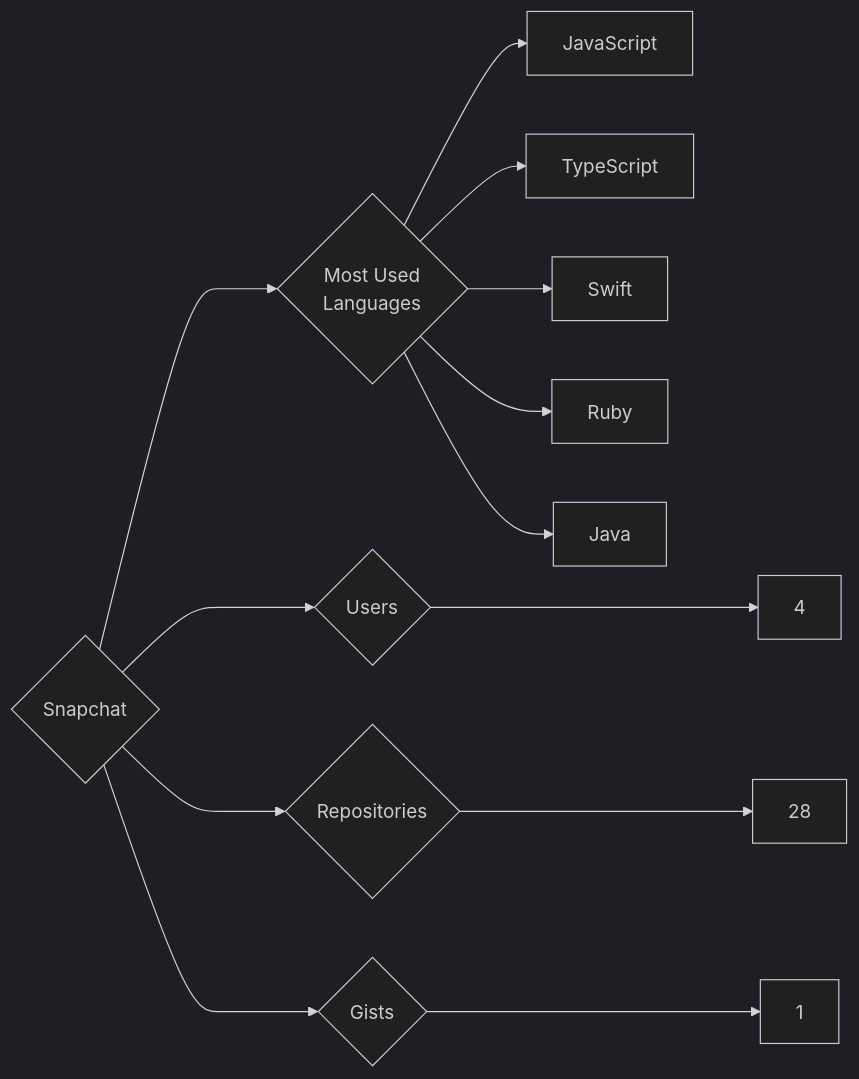
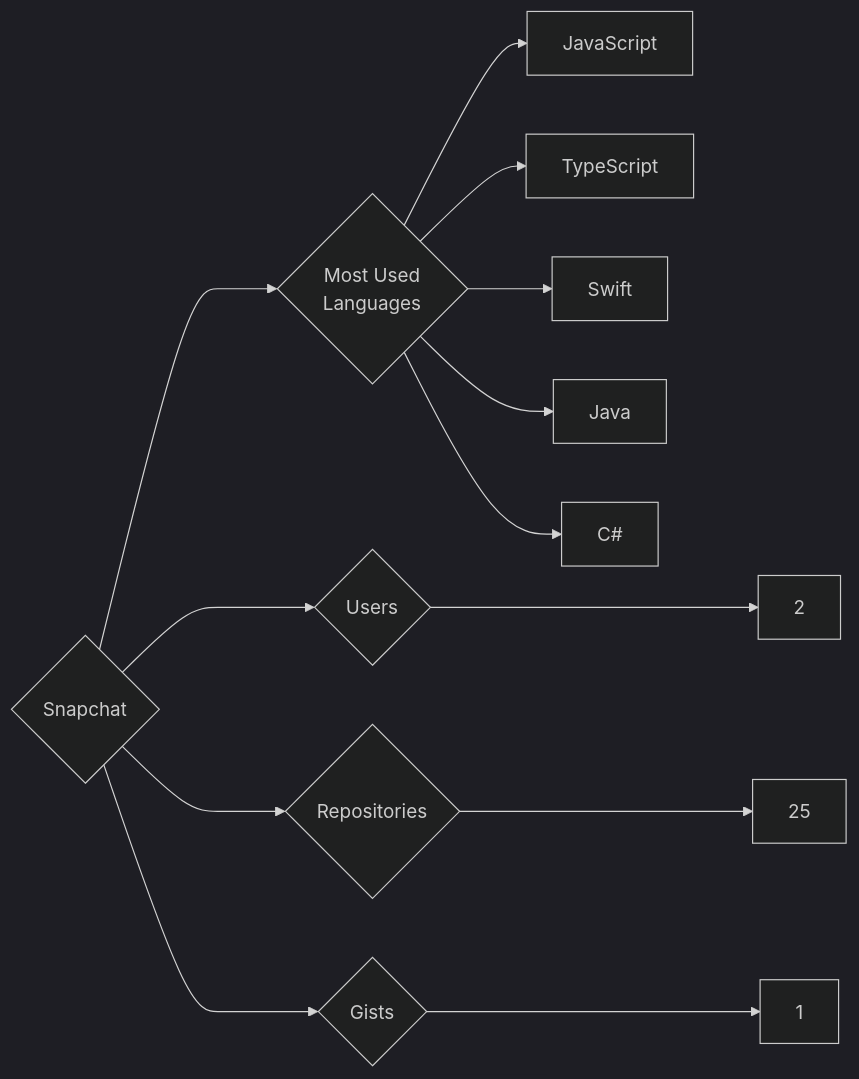
The diagram in targets/Snapchat/README.md (trickest/insiders), drawn with Mermaid (dark theme) before and after one commit. The commit also changed 976 other files, not shown here.

````diff
--- a/targets/Snapchat/README.md
+++ b/targets/Snapchat/README.md
@@ -3,13 +3,13 @@
 ```mermaid
 graph LR
 COMPANY_NAME{Snapchat}
-COMPANY_NAME ---> U{Users} ---> UN[4]
-COMPANY_NAME ---> R{Repositories} ---> RN[28]
+COMPANY_NAME ---> U{Users} ---> UN[2]
+COMPANY_NAME ---> R{Repositories} ---> RN[25]
 COMPANY_NAME ---> G{Gists} ---> GN[1]
 COMPANY_NAME ---> ML{Most Used<br>Languages}
 ML --> JavaScript[JavaScript]
 ML --> TypeScript[TypeScript]
 ML --> Swift[Swift]
-ML --> Ruby[Ruby]
 ML --> Java[Java]
+ML --> C#[C#]
 ```
````
